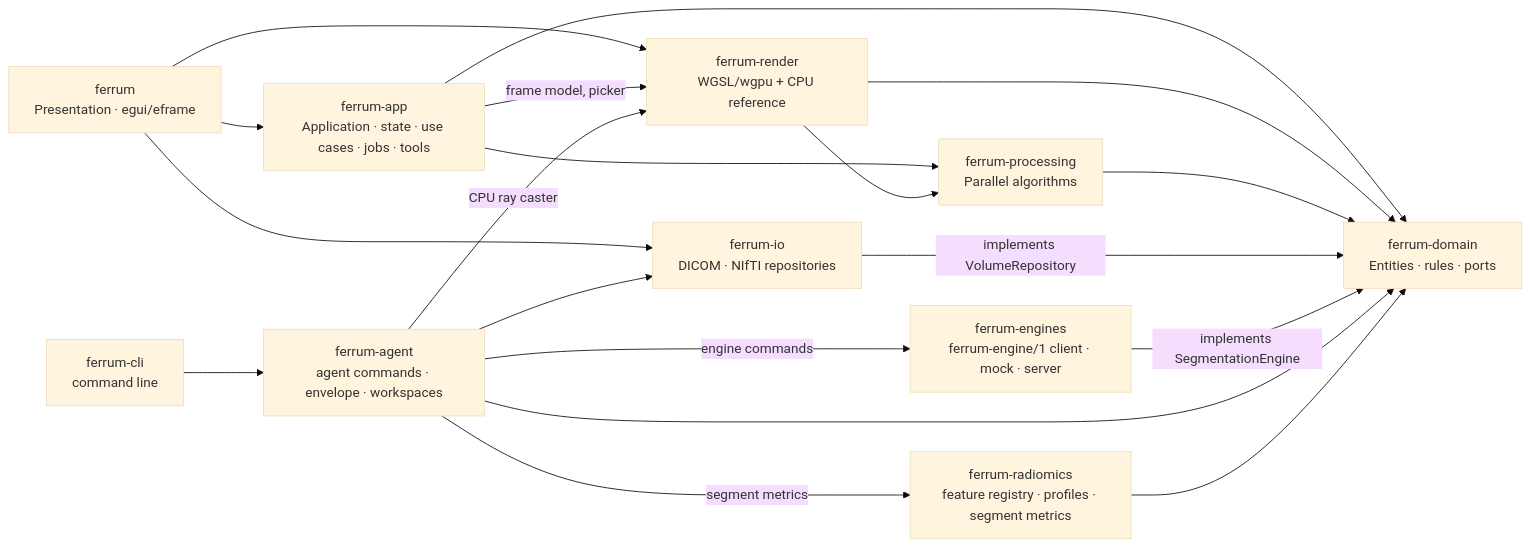
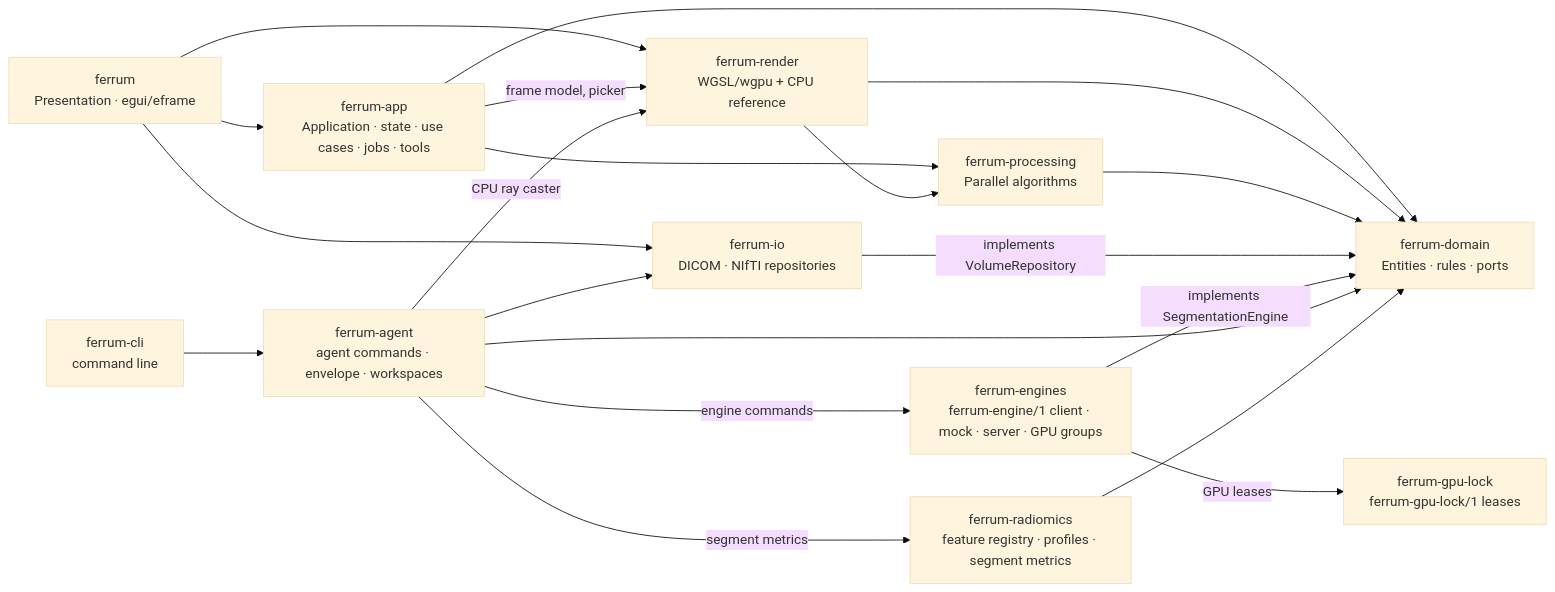
One commit to Kauter1989/ferrum changed the first of 2 diagrams in docs/architecture.md. Above: the diagram before and after it, drawn with Mermaid (base theme). The commit also changed other lines of this file and 24 other files, not shown here.

First line of the commit message:
feat: GPU leases shared with processes outside FERRUM (Stage 23, PR 1)

````diff
--- a/docs/architecture.md
+++ b/docs/architecture.md
@@ -19,32 +19,34 @@
 ```mermaid
 flowchart LR
     V["ferrum<br/>Presentation · egui/eframe"]
     A["ferrum-app<br/>Application · state · use cases · jobs · tools"]
     D["ferrum-domain<br/>Entities · rules · ports"]
     P["ferrum-processing<br/>Parallel algorithms"]
     R["ferrum-render<br/>WGSL/wgpu + CPU reference"]
     IO["ferrum-io<br/>DICOM · NIfTI repositories"]
-    EN["ferrum-engines<br/>ferrum-engine/1 client · mock · server"]
+    EN["ferrum-engines<br/>ferrum-engine/1 client · mock · server · GPU groups"]
+    GL["ferrum-gpu-lock<br/>ferrum-gpu-lock/1 leases"]
     RX["ferrum-radiomics<br/>feature registry · profiles · segment metrics"]
     AG["ferrum-agent<br/>agent commands · envelope · workspaces"]
     CLI["ferrum-cli<br/>command line"]
 
     V --> A
     V --> R
     V --> IO
     A --> D
     A --> P
     A -->|"frame model, picker"| R
     R --> D
     R --> P
     P --> D
     IO -->|"implements VolumeRepository"| D
     EN -->|"implements SegmentationEngine"| D
+    EN -->|"GPU leases"| GL
     CLI --> AG
     AG --> D
     AG --> IO
     AG -->|"CPU ray caster"| R
     AG -->|"engine commands"| EN
     AG -->|"segment metrics"| RX
     RX --> D
 ```
````
